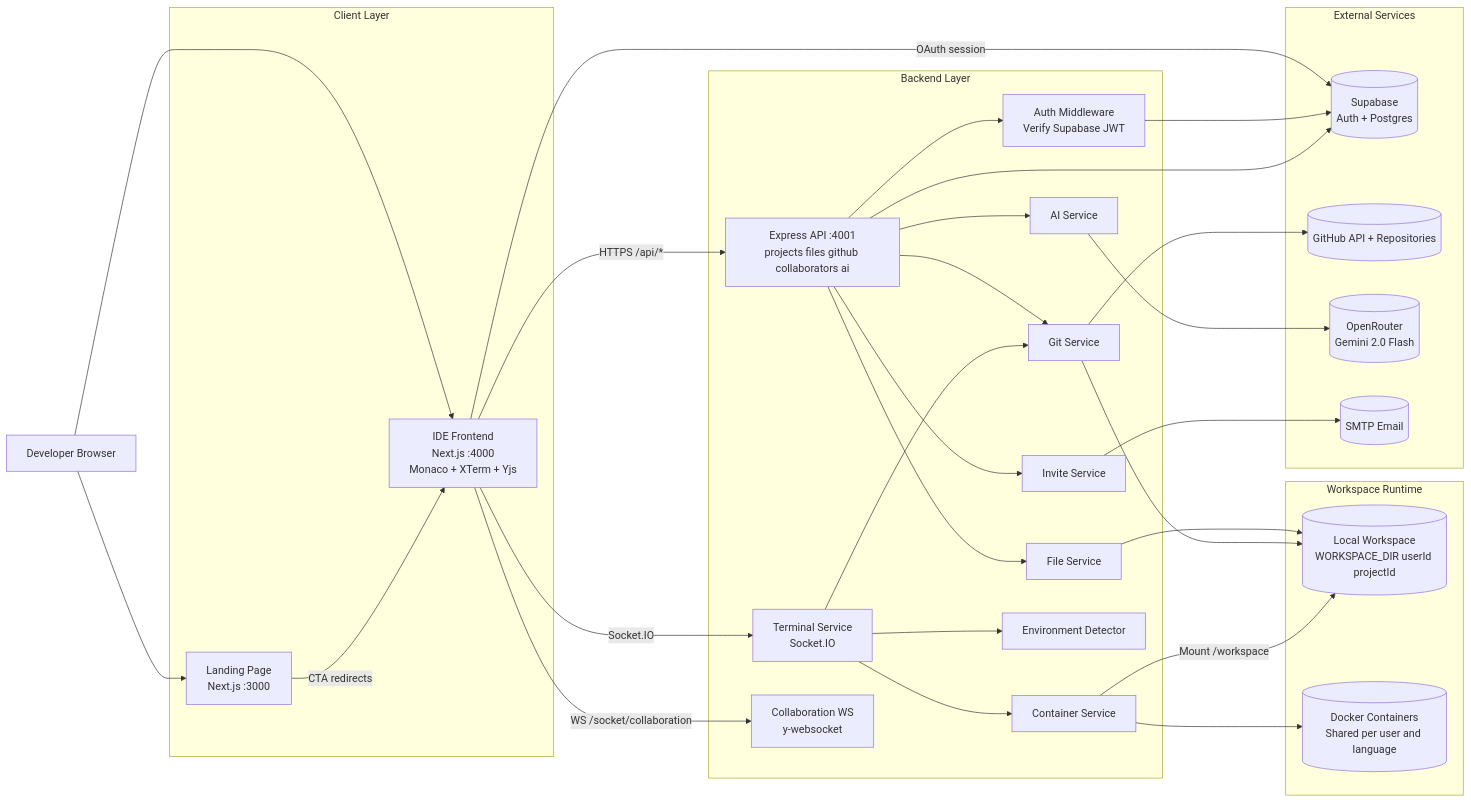
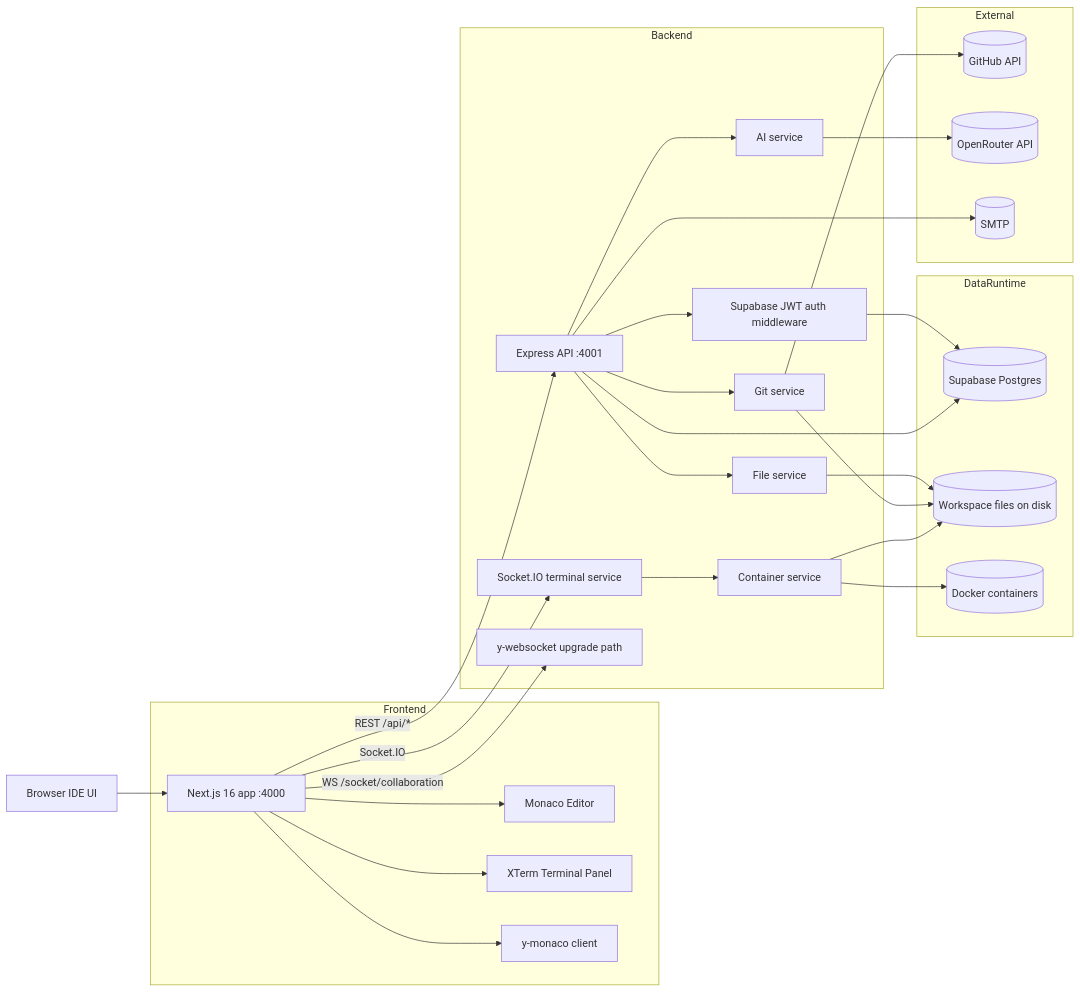
The first of 3 diagrams in README.md (KirtanUgreja/CodeForge-IDE), drawn with Mermaid before and after one commit. The commit also changed other lines of this file and 12 other files, not shown here.

Commit message:
Update README diagrams and sync latest backend/frontend fixes

````diff
--- a/README.md
+++ b/README.md
@@ -57,64 +18,60 @@
 ```mermaid
 graph LR
-    U[Developer Browser]
+    Browser[Browser IDE UI]
 
-    subgraph Client["Client Layer"]
-        LP[Landing Page<br/>Next.js :3000]
-        FE[IDE Frontend<br/>Next.js :4000<br/>Monaco + XTerm + Yjs]
+    subgraph Frontend
+        FE[Next.js 16 app :4000]
+        Monaco[Monaco Editor]
+        Xterm[XTerm Terminal Panel]
+        YMonaco[y-monaco client]
     end
 
-    subgraph Backend["Backend Layer"]
-        API[Express API :4001<br/>projects files github collaborators ai]
-        AUTH[Auth Middleware<br/>Verify Supabase JWT]
-        TERM[Terminal Service<br/>Socket.IO]
-        CWS[Collaboration WS<br/>y-websocket]
-        GIT[Git Service]
-        FILES[File Service]
-        CONTAINERS[Container Service]
-        AI[AI Service]
-        INVITES[Invite Service]
-        ENV[Environment Detector]
+    subgraph Backend
+        API[Express API :4001]
+        Auth[Supabase JWT auth middleware]
+        Term[Socket.IO terminal service]
+        CollabWS[y-websocket upgrade path]
+        Files[File service]
+        Git[Git service]
+        Cntr[Container service]
+        AI[AI service]
     end
 
-    subgraph Runtime["Workspace Runtime"]
-        WORKSPACE[(Local Workspace<br/>WORKSPACE_DIR userId projectId)]
-        DOCKER[(Docker Containers<br/>Shared per user and language)]
+    subgraph DataRuntime
+        DB[(Supabase Postgres)]
+        WS[(Workspace files on disk)]
+        Dk[(Docker containers)]
     end
 
-    subgraph External["External Services"]
-        SUPABASE[(Supabase<br/>Auth + Postgres)]
-        GITHUB[(GitHub API + Repositories)]
-        OPENROUTER[(OpenRouter<br/>Gemini 2.0 Flash)]
-        SMTP[(SMTP Email)]
+    subgraph External
+        GH[(GitHub API)]
+        OR[(OpenRouter API)]
+        SMTP[(SMTP)]
     end
 
-    U --> LP
-    U --> FE
-    LP -->|CTA redirects| FE
+    Browser --> FE
+    FE --> Monaco
+    FE --> Xterm
+    FE --> YMonaco
 
-    FE -->|OAuth session| SUPABASE
-    FE -->|HTTPS /api/*| API
-    FE -->|Socket.IO| TERM
-    FE -->|WS /socket/collaboration| CWS
+    FE -->|REST /api/*| API
+    FE -->|Socket.IO| Term
+    FE -->|WS /socket/collaboration| CollabWS
 
-    API --> AUTH
-    AUTH --> SUPABASE
-    API --> GIT
-    API --> FILES
+    API --> Auth
+    Auth --> DB
+    API --> Files
+    API --> Git
     API --> AI
-    API --> INVITES
-    API --> SUPABASE
+    API --> DB
 
-    TERM --> ENV
-    TERM --> CONTAINERS
-    TERM --> GIT
+    Files --> WS
+    Git --> WS
+    Term --> Cntr
+    Cntr --> Dk
+    Cntr --> WS
 
-    FILES --> WORKSPACE
-    GIT --> WORKSPACE
-    CONTAINERS --> DOCKER
-    CONTAINERS -->|Mount /workspace| WORKSPACE
-
-    GIT --> GITHUB
-    AI --> OPENROUTER
-    INVITES --> SMTP
+    Git --> GH
+    AI --> OR
+    API --> SMTP
 ```
````
